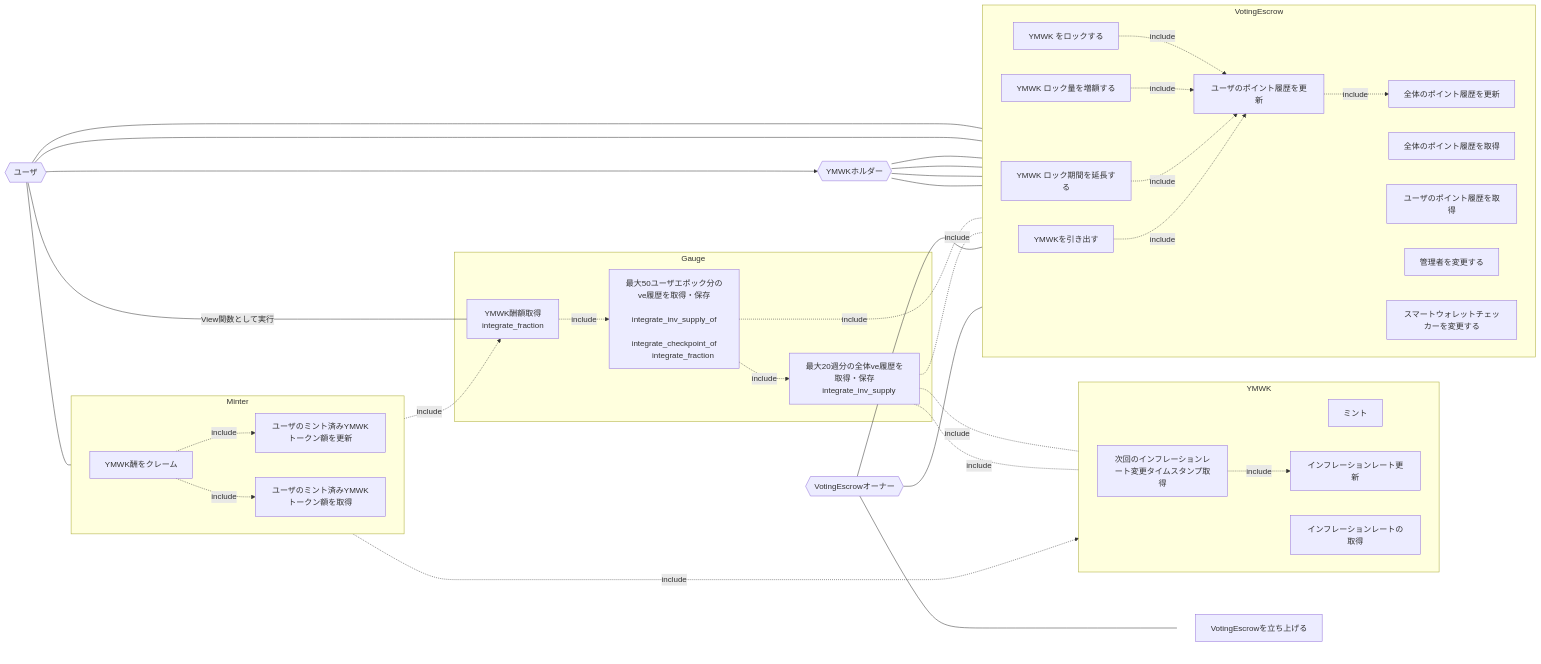
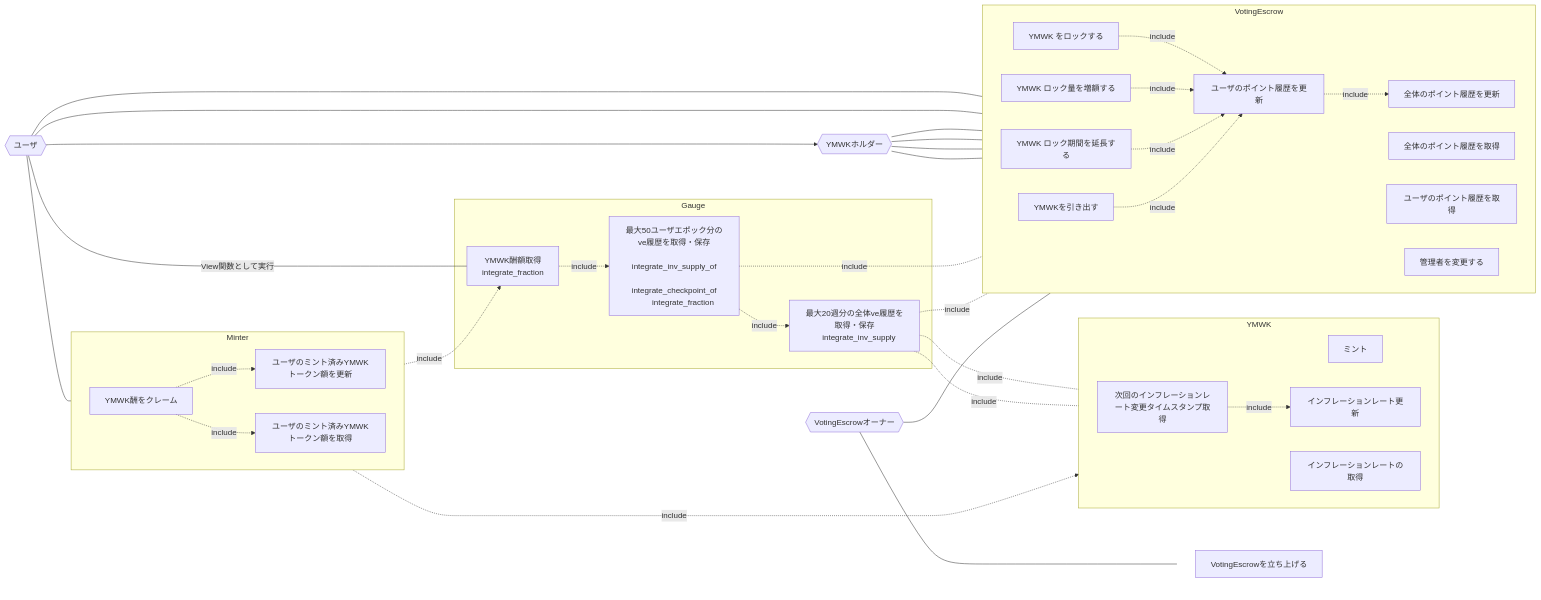
The diagram in doc/ja/VotingEscrow/usecase.md (DeFiGeek-Community/yamawake), drawn with Mermaid before and after one commit. The commit also changed other lines of this file and 2 other files, not shown here.

```diff
--- a/doc/ja/VotingEscrow/usecase.md
+++ b/doc/ja/VotingEscrow/usecase.md
@@ -81,7 +79,6 @@
 
     deploy[VotingEscrowを立ち上げる]
     change_admin[管理者を変更する]
-    change_smchecker[スマートウォレットチェッカーを変更する]
 
 
     claimable_tokens[
@@ -122,7 +119,6 @@
 
     owner --- deploy
     owner --- change_admin
-    owner --- change_smchecker
 
     subgraph Admin[ ]
       direction LR
@@ -148,7 +144,6 @@
       uck
       ck
       change_admin
-      change_smchecker
     end
 
     subgraph YMWK
```
